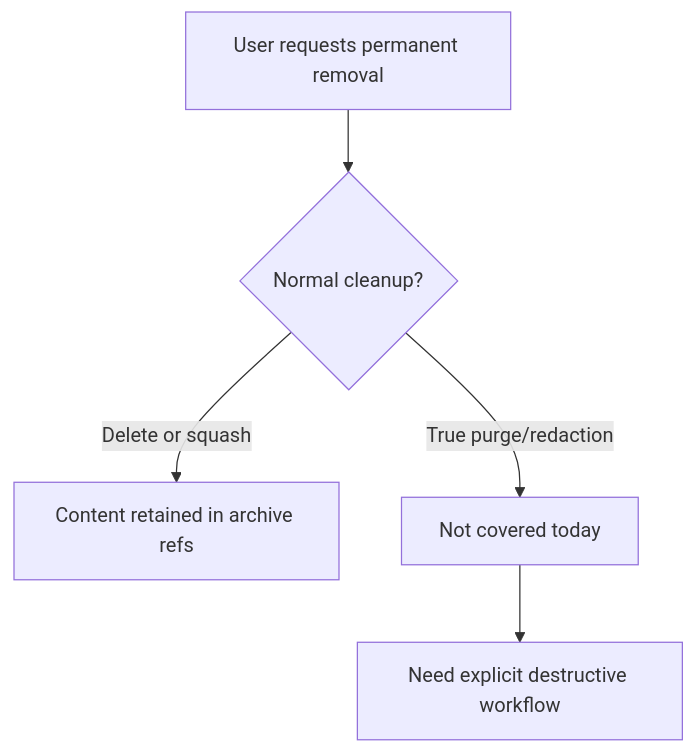
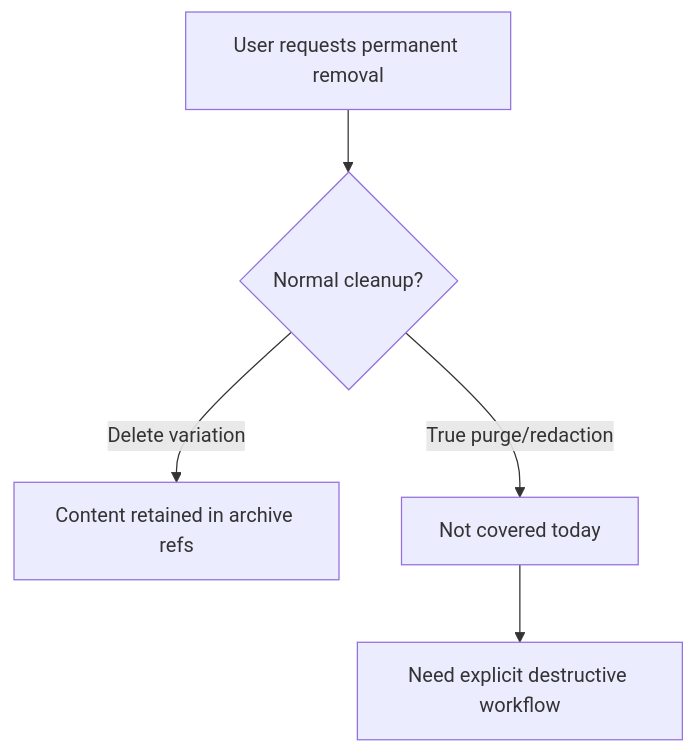
One commit to sethjuarez/draftline changed the sixth of 11 diagrams in docs/scenario-flows/recovery-cleanup.md. Above: the diagram before and after it, drawn with Mermaid. The commit also changed other lines of this file and 44 other files, not shown here.

````diff
--- a/docs/scenario-flows/recovery-cleanup.md
+++ b/docs/scenario-flows/recovery-cleanup.md
@@ -199,7 +130,7 @@
 ```mermaid
 flowchart TD
     A[User requests permanent removal] --> B{Normal cleanup?}
-    B -- Delete or squash --> C[Content retained in archive refs]
+    B -- Delete variation --> C[Content retained in archive refs]
     B -- True purge/redaction --> D[Not covered today]
     D --> E[Need explicit destructive workflow]
 ```
````
